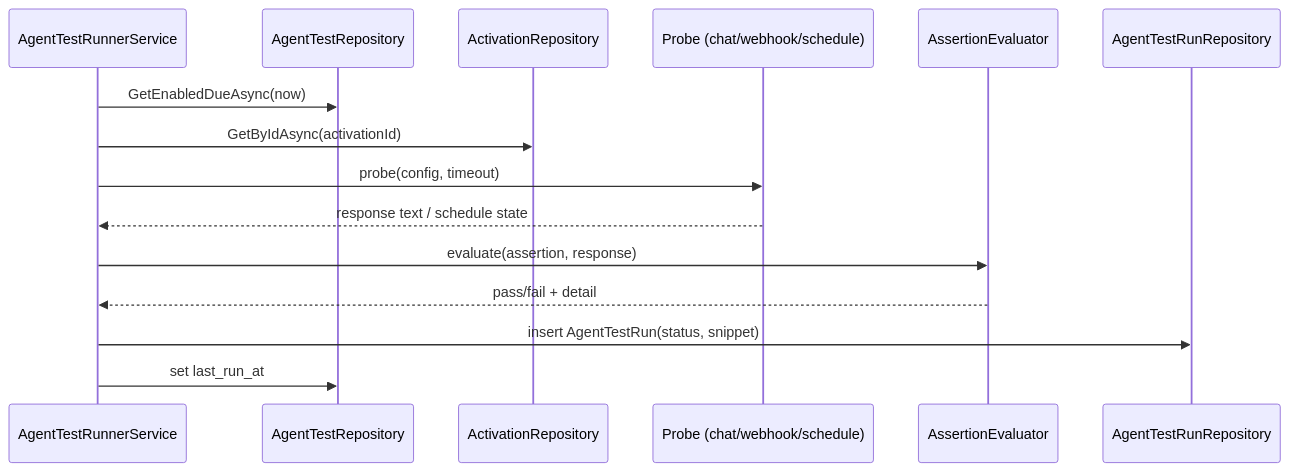
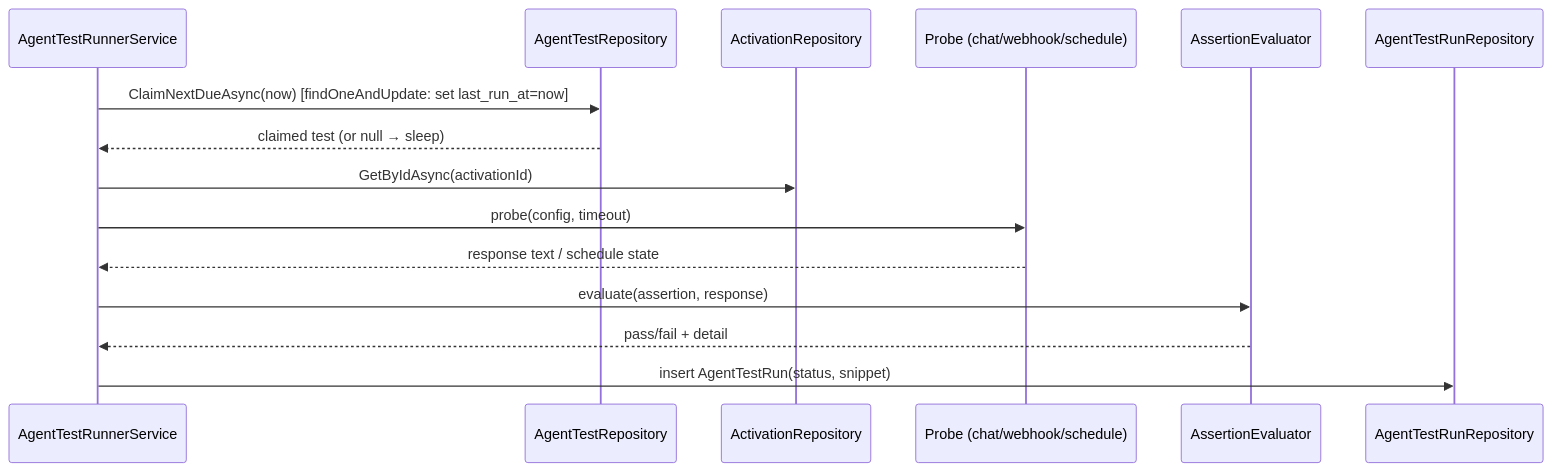
The second of 2 diagrams in docs/design/517-automated-agent-testing.md (XiansAiPlatform/XiansAi.Server), drawn with Mermaid before and after one commit. The commit also changed other lines of this file and 1 other file, not shown here.

First line of the commit message:
Design #517: resolve D1/D2/D3 — multi-replica runner claim

````diff
--- a/docs/design/517-automated-agent-testing.md
+++ b/docs/design/517-automated-agent-testing.md
@@ -147,17 +147,17 @@
 ```mermaid
 sequenceDiagram
   participant R as AgentTestRunnerService
   participant TR as AgentTestRepository
   participant A as ActivationRepository
   participant P as Probe (chat/webhook/schedule)
   participant E as AssertionEvaluator
   participant RR as AgentTestRunRepository
-  R->>TR: GetEnabledDueAsync(now)
+  R->>TR: ClaimNextDueAsync(now) [findOneAndUpdate: set last_run_at=now]
+  TR-->>R: claimed test (or null → sleep)
   R->>A: GetByIdAsync(activationId)
   R->>P: probe(config, timeout)
   P-->>R: response text / schedule state
   R->>E: evaluate(assertion, response)
   E-->>R: pass/fail + detail
   R->>RR: insert AgentTestRun(status, snippet)
-  R->>TR: set last_run_at
 ```
````
